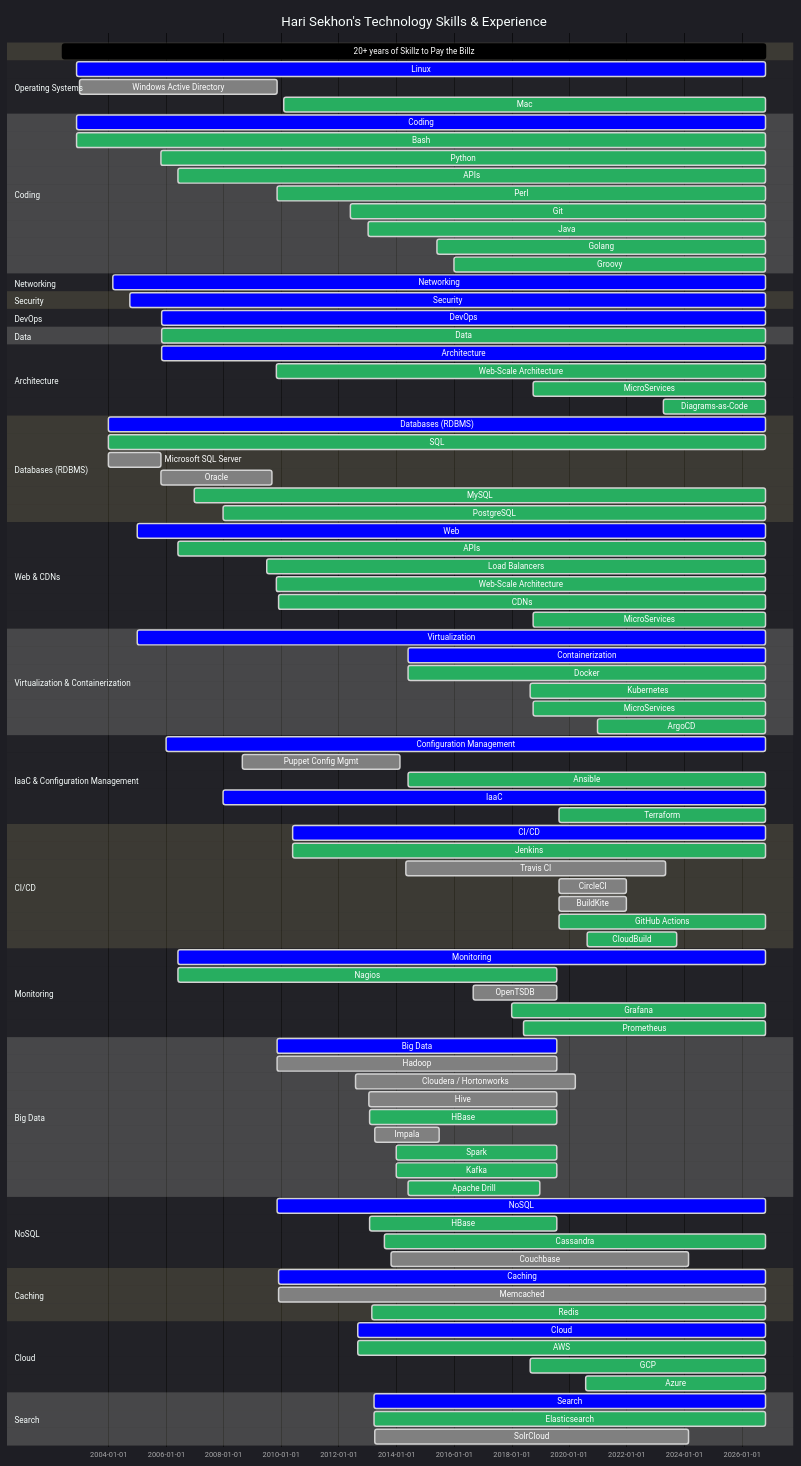
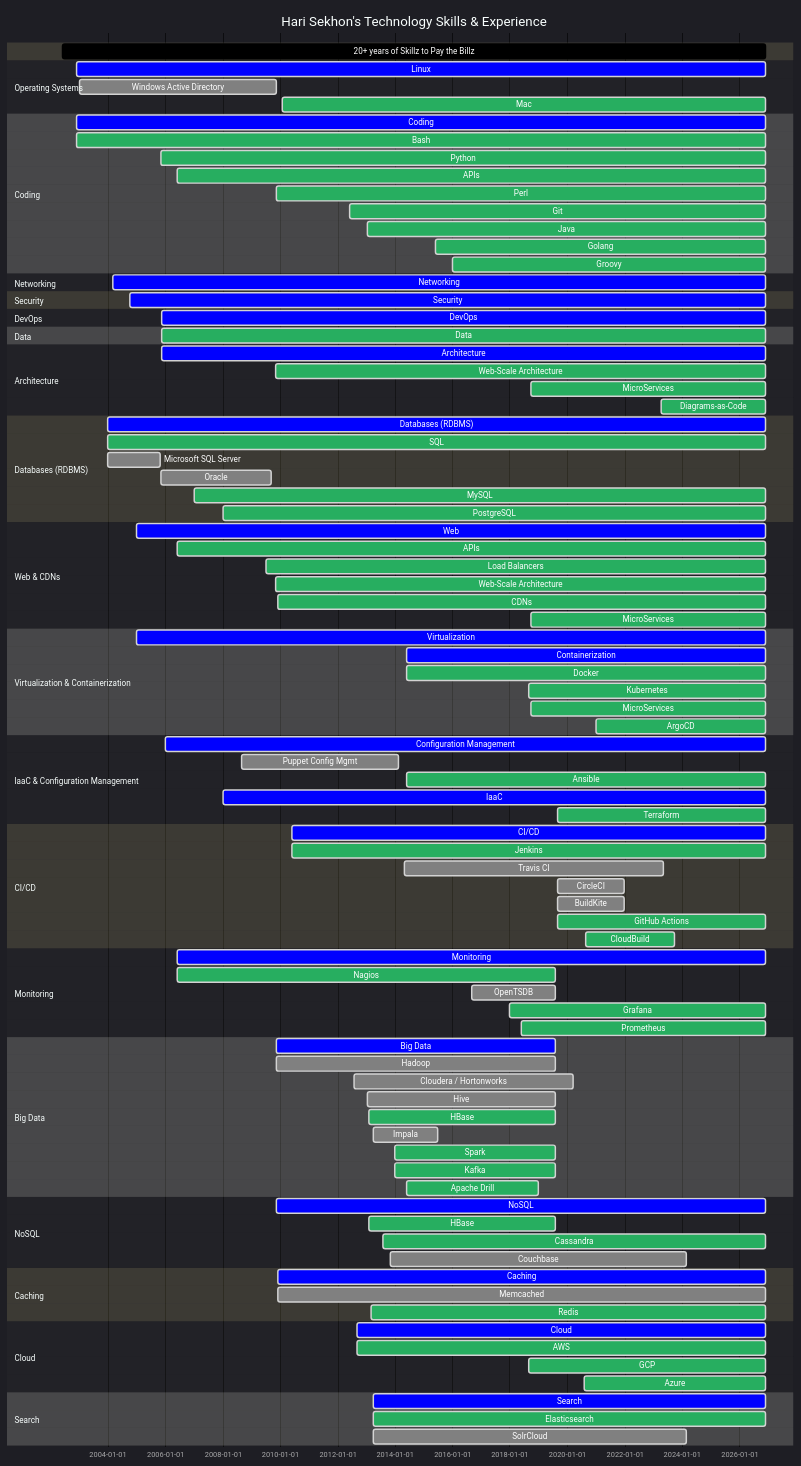
One commit to HariSekhon/HariSekhon changed the second of 2 diagrams in README.md. Above: the diagram before and after it, drawn with Mermaid. The commit also changed other lines of this file, not shown here.

Commit message:
updated profile counters

````diff
--- a/README.md
+++ b/README.md
@@ -1402,129 +1402,129 @@
     title Hari Sekhon's Technology Skills & Experience
     dateFormat  YYYY-MM-DD
 
-    20+ years of Skillz to Pay the Billz : 2002-06-01, 2026-10-30
+    20+ years of Skillz to Pay the Billz : 2002-06-01, 2026-11-30
 
     section Operating Systems
-    Linux                    : crit, 2002-12-01, 2026-10-30
+    Linux                    : crit, 2002-12-01, 2026-11-30
     Windows Active Directory : done, 2003-01-01, 2009-11-10
-    %%Redhat Linux             : active, 2002-12-01, 2026-10-30
-    %%Debian Linux             : active, 2003-01-01, 2026-10-30
+    %%Redhat Linux             : active, 2002-12-01, 2026-11-30
+    %%Debian Linux             : active, 2003-01-01, 2026-11-30
     %%Gentoo Linux             : done, 2004-06-01, 2009-11-10
-    %%Ubuntu Linux             : active, 2006-06-01, 2026-10-30
-    %%Alpine Linux             : done, 2016-01-01, 2026-10-30
-    Mac                      : active, 2010-02-01, 2026-10-30
+    %%Ubuntu Linux             : active, 2006-06-01, 2026-11-30
+    %%Alpine Linux             : done, 2016-01-01, 2026-11-30
+    Mac                      : active, 2010-02-01, 2026-11-30
 
     section Coding
-    Coding                 : crit, 2002-12-01, 2026-10-30
-    Bash                   : active, 2002-12-01, 2026-10-30
-    Python                 : active, 2005-11-01, 2026-10-30
-    APIs                   : active, 2006-06-01, 2026-10-30
+    Coding                 : crit, 2002-12-01, 2026-11-30
+    Bash                   : active, 2002-12-01, 2026-11-30
+    Python                 : active, 2005-11-01, 2026-11-30
+    APIs                   : active, 2006-06-01, 2026-11-30
     %%VBScript               : done, 2005-05-01, 2009-11-01
-    Perl                   : active, 2009-11-13, 2026-10-30
-    Git                    : active, 2012-06-01, 2026-10-30
+    Perl                   : active, 2009-11-13, 2026-11-30
+    Git                    : active, 2012-06-01, 2026-11-30
     %%Ruby                   : done, 2009-11-13, 2013-01-31
-    Java                   : active, 2013-01-13, 2026-10-30
+    Java                   : active, 2013-01-13, 2026-11-30
     %%Jython                 : done, 2013-01-13, 2015-12-31
     %%JRuby                  : done, 2013-03-01, 2013-08-31
     %%Scala                  : done, 2014-01-01, 2015-12-31
-    Golang                 : active, 2015-06-01, 2026-10-30
-    Groovy                 : active, 2016-01-01, 2026-10-30
+    Golang                 : active, 2015-06-01, 2026-11-30
+    Groovy                 : active, 2016-01-01, 2026-11-30
 
     %%section Build Systems
-    %%Make                   : active, 2006-06-01, 2026-10-30
-    %%Maven                  : active, 2013-02-01, 2026-10-30
-    %%SBT                    : active, 2014-01-01, 2026-10-30
-    %%Gradle                 : active, 2014-06-01, 2026-10-30
+    %%Make                   : active, 2006-06-01, 2026-11-30
+    %%Maven                  : active, 2013-02-01, 2026-11-30
+    %%SBT                    : active, 2014-01-01, 2026-11-30
+    %%Gradle                 : active, 2014-06-01, 2026-11-30
 
     %%section Version Control Systems
     %%Subversion             : done, 2005-11-13, 2012-06-01
     %%Mercurial              : done, 2011-06-01, 2013-06-01
-    %%Git                    : active, 2012-06-01, 2026-10-30
-    %%GitHub                 : active, 2012-12-31, 2026-10-30
+    %%Git                    : active, 2012-06-01, 2026-11-30
+    %%GitHub                 : active, 2012-12-31, 2026-11-30
 
     section Networking
-    Networking             : crit, 2004-03-01, 2026-10-30
-    %%VPNs                   : active, 2006-06-01, 2026-10-30
-    %%Cisco - IOS / NX-OS    : done, 2004-03-01, 2026-10-30
+    Networking             : crit, 2004-03-01, 2026-11-30
+    %%VPNs                   : active, 2006-06-01, 2026-11-30
+    %%Cisco - IOS / NX-OS    : done, 2004-03-01, 2026-11-30
     %%Juniper - Netscreen / SSG / SRX / ScreenOS / JunOS : done, 2007-01-01, 2013-01-18
     %%Netgear                : done, 2005-01-01, 2012-12-31
 
     section Load Balancers
 
     section Security
-    Security               : crit, 2004-10-01, 2026-10-30
-    %%Kerberos               : active, 2006-06-01, 2026-10-30
-    %%LDAP                   : active, 2006-06-01, 2026-10-30
+    Security               : crit, 2004-10-01, 2026-11-30
+    %%Kerberos               : active, 2006-06-01, 2026-11-30
+    %%LDAP                   : active, 2006-06-01, 2026-11-30
 
     section DevOps
-    DevOps                   : crit, 2005-11-11, 2026-10-30
+    DevOps                   : crit, 2005-11-11, 2026-11-30
 
     section Data
-    Data                   : active, 2005-11-11, 2026-10-30
-    %%Data Validation        : done, 2006-06-01, 2026-10-30
-    %%Data Science           : done, 2013-01-18, 2026-10-30
+    Data                   : active, 2005-11-11, 2026-11-30
+    %%Data Validation        : done, 2006-06-01, 2026-11-30
+    %%Data Science           : done, 2013-01-18, 2026-11-30
 
     section Architecture
-    Architecture            : crit,   2005-11-11, 2026-10-30
-    Web-Scale Architecture  : active, 2009-11-01, 2026-10-30
-    MicroServices           : active, 2018-10-01, 2026-10-30
-    Diagrams-as-Code        : active, 2023-04-14, 2026-10-30
+    Architecture            : crit,   2005-11-11, 2026-11-30
+    Web-Scale Architecture  : active, 2009-11-01, 2026-11-30
+    MicroServices           : active, 2018-10-01, 2026-11-30
+    Diagrams-as-Code        : active, 2023-04-14, 2026-11-30
 
     section Databases (RDBMS)
-    Databases (RDBMS)      : crit, 2004-01-01, 2026-10-30
-    SQL                    : active, 2004-01-01, 2026-10-30
+    Databases (RDBMS)      : crit, 2004-01-01, 2026-11-30
+    SQL                    : active, 2004-01-01, 2026-11-30
     Microsoft SQL Server   : done, 2004-01-01, 2005-10-31
     Oracle                 : done, 2005-11-01, 2009-09-10
-    MySQL                  : active, 2007-01-01, 2026-10-30
-    PostgreSQL             : active, 2008-01-01, 2026-10-30
+    MySQL                  : active, 2007-01-01, 2026-11-30
+    PostgreSQL             : active, 2008-01-01, 2026-11-30
 
     section Web & CDNs
-    Web                    : crit, 2005-01-01, 2026-10-30
-    APIs                   : active, 2006-06-01, 2026-10-30
+    Web                    : crit, 2005-01-01, 2026-11-30
+    APIs                   : active, 2006-06-01, 2026-11-30
 
-    Load Balancers         : active, 2009-07-01, 2026-10-30
+    Load Balancers         : active, 2009-07-01, 2026-11-30
     %%LVS                    : done, 2009-01-01, 2009-11-11
     %%Foundry - ServerIron XL / 4G : done, 2009-10-13, 2011-11-31
     %%F5 BigIP               : done, 2010-06-01, 2013-01-18
-    %%HAProxy                : active, 2018-04-01, 2026-10-30
-    %%Kong                   : active, 2023-03-01, 2026-10-30
-    %%Traefik                : active, 2023-03-01, 2026-10-30
+    %%HAProxy                : active, 2018-04-01, 2026-11-30
+    %%Kong                   : active, 2023-03-01, 2026-11-30
+    %%Traefik                : active, 2023-03-01, 2026-11-30
 
-    Web-Scale Architecture : active, 2009-11-01, 2026-10-30
-    CDNs                   : active, 2009-12-01, 2026-10-30
+    Web-Scale Architecture : active, 2009-11-01, 2026-11-30
+    CDNs                   : active, 2009-12-01, 2026-11-30
     %%UlraDNS                : done, 2009-11-01, 2012-06-31
     %%Cotendo                : done, 2012-06-01, 2013-01-13
-    %%Cloudflare             : active, 2020-08-20, 2026-10-30
-    MicroServices            : active, 2018-10-01, 2026-10-30
+    %%Cloudflare             : active, 2020-08-20, 2026-11-30
+    MicroServices            : active, 2018-10-01, 2026-11-30
 
     section Virtualization & Containerization
-    Virtualization         : crit, 2005-01-01, 2026-10-30
+    Virtualization         : crit, 2005-01-01, 2026-11-30
     %%VMware ESX, ESXi, VirtualBox : done, 2005-01-01, 2017-02-16
     %%Vagrant                : active, 2013-01-01, 2023-12-31
-    Containerization       : crit, 2014-06-01, 2026-10-30
-    Docker                 : active, 2014-06-01, 2026-10-30
-    Kubernetes             : active, 2018-09-01, 2026-10-30
-    MicroServices          : active, 2018-10-01, 2026-10-30
-    ArgoCD                 : active, 2021-01-01, 2026-10-30
+    Containerization       : crit, 2014-06-01, 2026-11-30
+    Docker                 : active, 2014-06-01, 2026-11-30
+    Kubernetes             : active, 2018-09-01, 2026-11-30
+    MicroServices          : active, 2018-10-01, 2026-11-30
+    ArgoCD                 : active, 2021-01-01, 2026-11-30
 
     section IaaC & Configuration Management
-    Configuration Management :crit, 2006-01-01, 2026-10-30
+    Configuration Management :crit, 2006-01-01, 2026-11-30
     Puppet Config Mgmt     : done, 2008-09-01, 2014-02-18
-    Ansible                : active, 2014-06-01, 2026-10-30
-    IaaC                   :crit, 2008-01-01, 2026-10-30
-    Terraform              :active, 2019-09-01, 2026-10-30
+    Ansible                : active, 2014-06-01, 2026-11-30
+    IaaC                   :crit, 2008-01-01, 2026-11-30
+    Terraform              :active, 2019-09-01, 2026-11-30
     %%Terraform Cloud        : active, 2021-09-01, 2022-09-31
-    %%Kickstart              : active, 2008-01-01, 2026-10-30
-    %%Preseed                : active, 2009-01-01, 2026-10-30
-    %%AutoInstall            : active, 2023-01-01, 2026-10-30
+    %%Kickstart              : active, 2008-01-01, 2026-11-30
+    %%Preseed                : active, 2009-01-01, 2026-11-30
+    %%AutoInstall            : active, 2023-01-01, 2026-11-30
 
     section CI/CD
-    CI/CD                  : crit, 2010-06-01, 2026-10-30
-    Jenkins                : active, 2010-06-01, 2026-10-30
+    CI/CD                  : crit, 2010-06-01, 2026-11-30
+    Jenkins                : active, 2010-06-01, 2026-11-30
     Travis CI              : done, 2014-05-01, 2023-05-08
     CircleCI               : done, 2019-09-01, 2021-12-31
     BuildKite              : done, 2019-09-01, 2021-12-31
-    GitHub Actions         : active, 2019-09-01, 2026-10-30
+    GitHub Actions         : active, 2019-09-01, 2026-11-30
     %%GitLab                 : active, 2019-09-01, 2022-12-31
     %%Azure DevOps           : done, 2019-09-01, 2022-12-31
     %%Bitbucket              : done, 2019-09-01, 2022-12-31
@@ -1533,11 +1533,11 @@
     CloudBuild             : active, 2020-08-20, 2023-09-30
 
     section Monitoring
-    Monitoring             : crit, 2006-06-01, 2026-10-30
+    Monitoring             : crit, 2006-06-01, 2026-11-30
     Nagios                 : active, 2006-06-01, 2019-07-31
     OpenTSDB               : done, 2016-09-01, 2019-07-31
-    Grafana                : active, 2018-01-01, 2026-10-30
-    Prometheus             : active, 2018-06-01, 2026-10-30
+    Grafana                : active, 2018-01-01, 2026-11-30
+    Prometheus             : active, 2018-06-01, 2026-11-30
     %%Pingdom                : done, 2020-08-20, 2023-09-17
     %%Datadog                : done, 2022-08-20, 2023-09-17
 
@@ -1555,28 +1555,28 @@
     Apache Drill           : active, 2014-06-01, 2018-12-31
 
     section NoSQL
-    NoSQL                  : crit, 2009-11-13, 2026-10-30
+    NoSQL                  : crit, 2009-11-13, 2026-11-30
     HBase                  : active, 2013-02-01, 2019-07-31
     %%MongoDB                : done, 2013-06-01, 2013-12-31
-    Cassandra              : active, 2013-08-01, 2026-10-30
+    Cassandra              : active, 2013-08-01, 2026-11-30
     Couchbase              : done, 2013-11-01, 2024-03-01
 
     section Caching
-    Caching                : crit, 2009-11-31, 2026-10-30
-    Memcached              : done, 2009-11-31, 2026-10-30
-    Redis                  : active, 2013-03-01, 2026-10-30
+    Caching                : crit, 2009-11-31, 2026-11-30
+    Memcached              : done, 2009-11-31, 2026-11-30
+    Redis                  : active, 2013-03-01, 2026-11-30
 
     section Cloud
-    Cloud            : crit, 2012-09-01, 2026-10-30
-    AWS              : active, 2012-09-01, 2026-10-30
-    GCP              : active, 2018-09-01, 2026-10-30
-    Azure            : active, 2020-08-01, 2026-10-30
+    Cloud            : crit, 2012-09-01, 2026-11-30
+    AWS              : active, 2012-09-01, 2026-11-30
+    GCP              : active, 2018-09-01, 2026-11-30
+    Azure            : active, 2020-08-01, 2026-11-30
 
     section Search
-    Search                 : crit, 2013-03-31, 2026-10-30
-    Elasticsearch          : active, 2013-03-31, 2026-10-30
-    %%LogStash               : done, 2013-03-31, 2026-10-30
-    %%Fluentd                : crit, 2018-03-31, 2026-10-30
-    %%Kibana                 : crit, 2013-03-31, 2026-10-30
+    Search                 : crit, 2013-03-31, 2026-11-30
+    Elasticsearch          : active, 2013-03-31, 2026-11-30
+    %%LogStash               : done, 2013-03-31, 2026-11-30
+    %%Fluentd                : crit, 2018-03-31, 2026-11-30
+    %%Kibana                 : crit, 2013-03-31, 2026-11-30
     SolrCloud              : done, 2013-04-01, 2024-03-01
 ```
````
